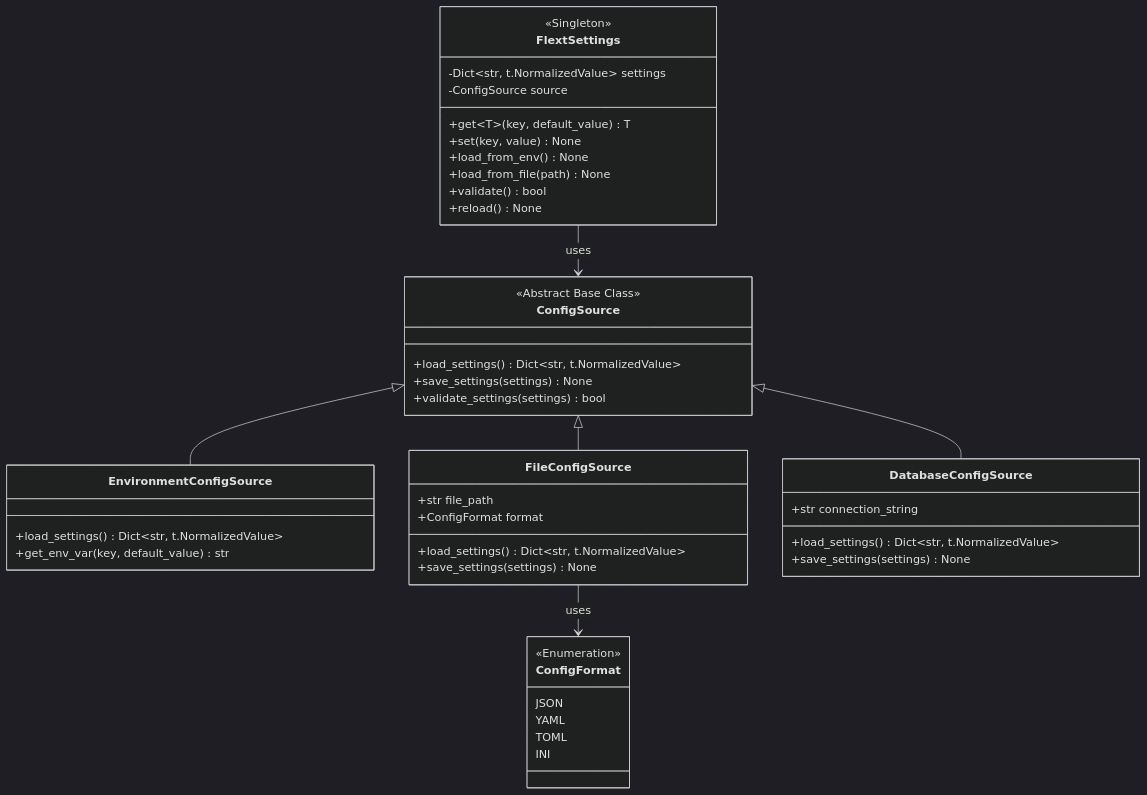
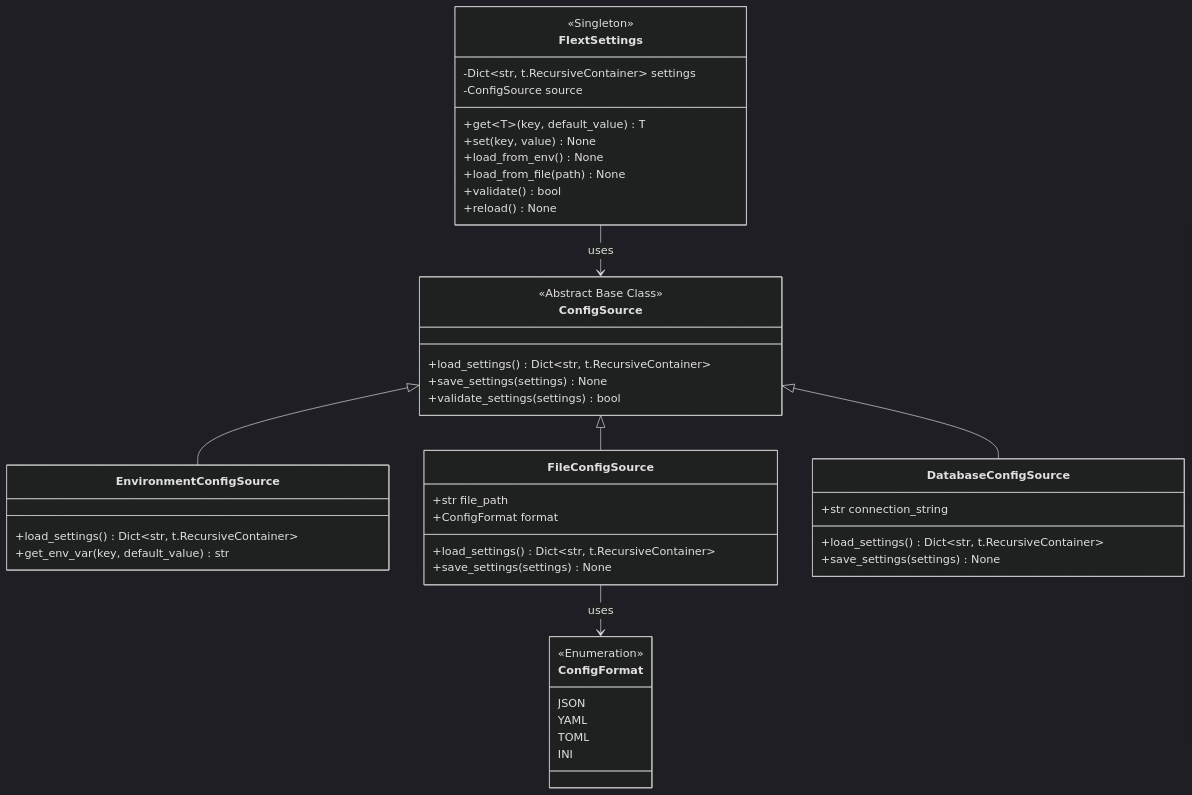
The ninth of 10 diagrams in docs/architecture/c4-model/code-diagrams.md (flext-sh/flext), drawn with Mermaid (dark theme) before and after one commit. The commit also changed other lines of this file and 64 other files, not shown here.

````diff
--- a/docs/architecture/c4-model/code-diagrams.md
+++ b/docs/architecture/c4-model/code-diagrams.md
@@ -463,53 +463,53 @@
 ```mermaid
 classDiagram
     class FlextSettings {
         <<Singleton>>
-        -Dict~str, t.NormalizedValue~ settings
+        -Dict~str, t.RecursiveContainer~ settings
         -ConfigSource source
         +get~T~(key, default_value) T
         +set(key, value) None
         +load_from_env() None
         +load_from_file(path) None
         +validate() bool
         +reload() None
     }
 
     class ConfigSource {
         <<Abstract Base Class>>
-        +load_settings() Dict~str, t.NormalizedValue~
+        +load_settings() Dict~str, t.RecursiveContainer~
         +save_settings(settings) None
         +validate_settings(settings) bool
     }
 
     class EnvironmentConfigSource {
-        +load_settings() Dict~str, t.NormalizedValue~
+        +load_settings() Dict~str, t.RecursiveContainer~
         +get_env_var(key, default_value) str
     }
 
     class FileConfigSource {
         +str file_path
         +ConfigFormat format
-        +load_settings() Dict~str, t.NormalizedValue~
+        +load_settings() Dict~str, t.RecursiveContainer~
         +save_settings(settings) None
     }
 
     class DatabaseConfigSource {
         +str connection_string
-        +load_settings() Dict~str, t.NormalizedValue~
+        +load_settings() Dict~str, t.RecursiveContainer~
         +save_settings(settings) None
     }
 
     class ConfigFormat {
         <<Enumeration>>
         JSON
         YAML
         TOML
         INI
     }
 
     FlextSettings --> ConfigSource : uses
     ConfigSource <|-- EnvironmentConfigSource
     ConfigSource <|-- FileConfigSource
     ConfigSource <|-- DatabaseConfigSource
     FileConfigSource --> ConfigFormat : uses
 ```
````
